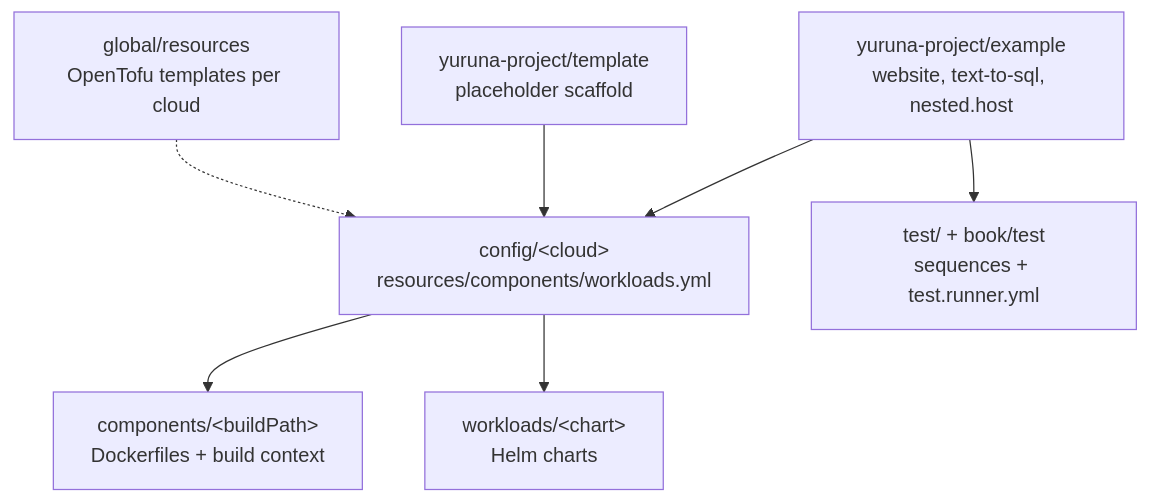
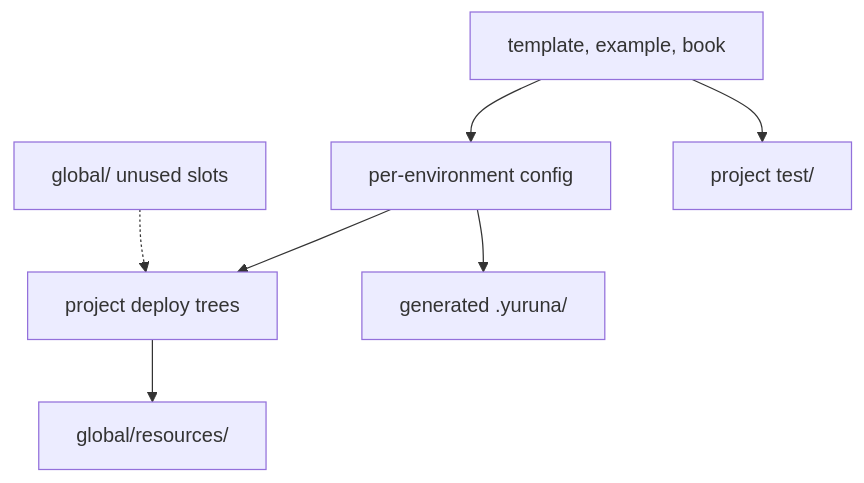
Before and after one commit to alissonsol/yuruna: the second of 7 diagrams in docs/design/02-component-breakdown.md, drawn with Mermaid. The commit also changed other lines of this file and 635 other files, not shown here.

````diff
--- a/docs/design/02-component-breakdown.md
+++ b/docs/design/02-component-breakdown.md
@@ -126,17 +105,18 @@
 ```mermaid
 flowchart TD
-    examples[yuruna-project/example<br/>website, text-to-sql, nested.host]
-    template[yuruna-project/template<br/>placeholder scaffold]
-    cloud-config[config/&lt;cloud&gt;<br/>resources/components/workloads.yml]
-    components-dir[components/&lt;buildPath&gt;<br/>Dockerfiles + build context]
-    workloads-dir[workloads/&lt;chart&gt;<br/>Helm charts]
-    global-resources[global/resources<br/>OpenTofu templates per cloud]
-    sequences[test/ + book/test<br/>sequences + test.runner.yml]
+    global-resources["global/resources/"]
+    global-placeholders["global/ unused slots"]
+    shipped-projects["template, example, book"]
+    project-config["per-environment config"]
+    project-trees["project deploy trees"]
+    project-test["project test/"]
+    project-work["generated .yuruna/"]
 
-    examples --> cloud-config
-    template --> cloud-config
-    cloud-config --> components-dir
-    cloud-config --> workloads-dir
-    global-resources -.-> cloud-config
-    examples --> sequences
+    shipped-projects --> project-config
+    shipped-projects --> project-test
+    project-config --> project-trees
+    project-config --> project-work
+    project-trees --> global-resources
+    global-placeholders -.-> project-trees
+    %% planned: no global fallback is implemented for components or workloads
 ```
````
